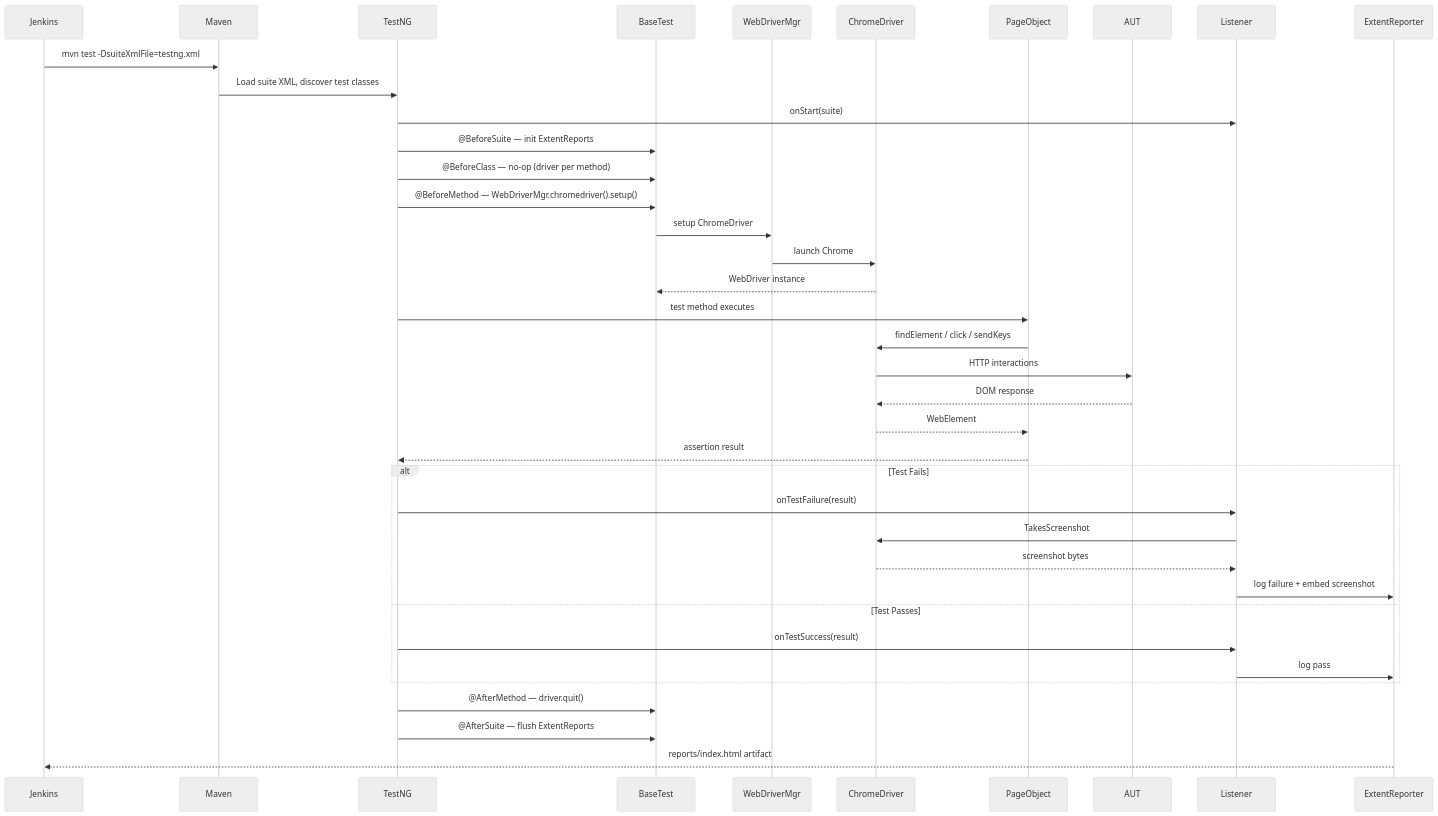
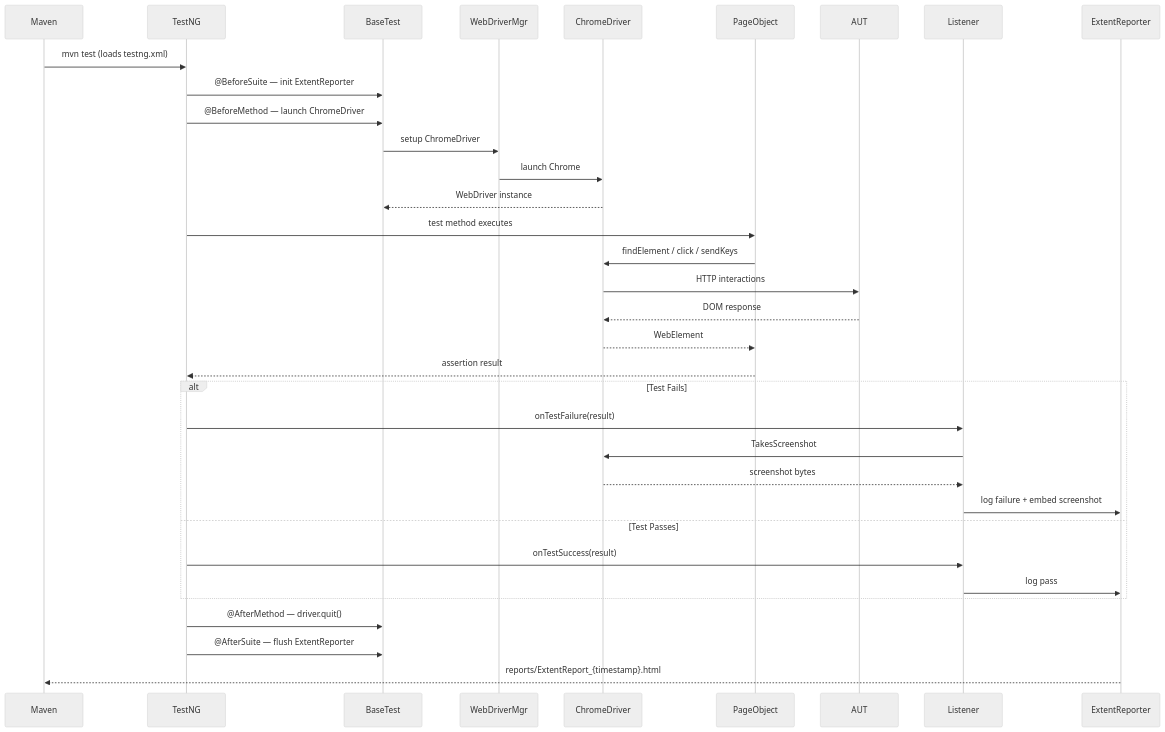
The second of 2 diagrams in .kiro/specs/ai-ecommerce-automation-framework/design.md (singhnarayanmanoj-1036/UI_Automation), drawn with Mermaid (neutral theme) before and after one commit. The commit also changed other lines of this file and 130 other files, not shown here.

````diff
--- a/.kiro/specs/ai-ecommerce-automation-framework/design.md
+++ b/.kiro/specs/ai-ecommerce-automation-framework/design.md
@@ -114,41 +107,37 @@
 ```mermaid
 sequenceDiagram
-    participant Jenkins
     participant Maven
     participant TestNG
     participant BaseTest
     participant WebDriverMgr
     participant ChromeDriver
     participant PageObject
     participant AUT
     participant Listener
     participant ExtentReporter
 
-    Jenkins->>Maven: mvn test -DsuiteXmlFile=testng.xml
-    Maven->>TestNG: Load suite XML, discover test classes
-    TestNG->>Listener: onStart(suite)
-    TestNG->>BaseTest: @BeforeSuite — init ExtentReports
-    TestNG->>BaseTest: @BeforeClass — no-op (driver per method)
-    TestNG->>BaseTest: @BeforeMethod — WebDriverMgr.chromedriver().setup()
+    Maven->>TestNG: mvn test (loads testng.xml)
+    TestNG->>BaseTest: @BeforeSuite — init ExtentReporter
+    TestNG->>BaseTest: @BeforeMethod — launch ChromeDriver
     BaseTest->>WebDriverMgr: setup ChromeDriver
     WebDriverMgr->>ChromeDriver: launch Chrome
     ChromeDriver-->>BaseTest: WebDriver instance
     TestNG->>PageObject: test method executes
     PageObject->>ChromeDriver: findElement / click / sendKeys
     ChromeDriver->>AUT: HTTP interactions
     AUT-->>ChromeDriver: DOM response
     ChromeDriver-->>PageObject: WebElement
     PageObject-->>TestNG: assertion result
     alt Test Fails
         TestNG->>Listener: onTestFailure(result)
         Listener->>ChromeDriver: TakesScreenshot
         ChromeDriver-->>Listener: screenshot bytes
         Listener->>ExtentReporter: log failure + embed screenshot
     else Test Passes
         TestNG->>Listener: onTestSuccess(result)
         Listener->>ExtentReporter: log pass
     end
     TestNG->>BaseTest: @AfterMethod — driver.quit()
-    TestNG->>BaseTest: @AfterSuite — flush ExtentReports
-    ExtentReporter-->>Jenkins: reports/index.html artifact
+    TestNG->>BaseTest: @AfterSuite — flush ExtentReporter
+    ExtentReporter-->>Maven: reports/ExtentReport_{timestamp}.html
 ```
````
